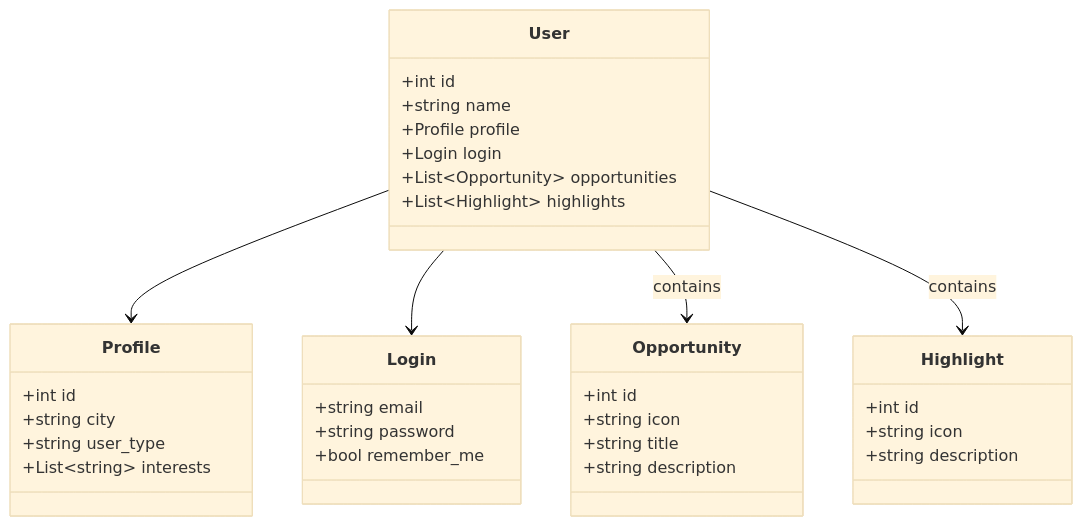
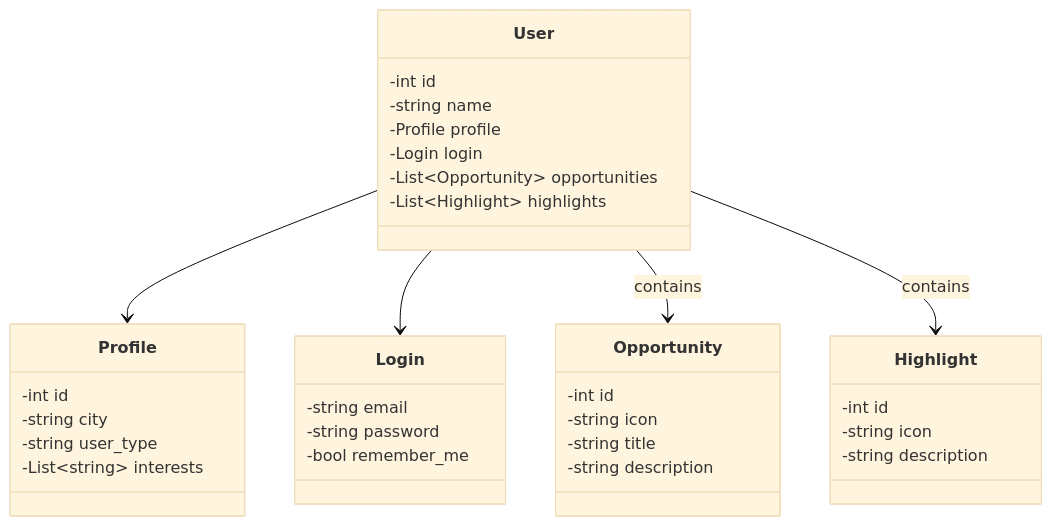
One commit to CaroliisRibeiro/avanade-decola-tech-2025 changed the diagram in README.md. Above: the diagram before and after it, drawn with Mermaid (base theme).

````diff
--- a/README.md
+++ b/README.md
@@ -5,42 +5,43 @@
 ```mermaid
 classDiagram
     class User {
-        +int id
-        +string name
-        +Profile profile
-        +Login login
-        +List~Opportunity~ opportunities
-        +List~Highlight~ highlights
+        -int id
+        -string name
+        -Profile profile
+        -Login login
+        -List~Opportunity~ opportunities
+        -List~Highlight~ highlights
     }
 
     class Profile {
-        +int id
-        +string city
-        +string user_type
-        +List~string~ interests
+        -int id
+        -string city
+        -string user_type
+        -List~string~ interests
     }
 
     class Login {
-        +string email
-        +string password
-        +bool remember_me
+        -string email
+        -string password
+        -bool remember_me
     }
 
     class Opportunity {
-        +int id
-        +string icon
-        +string title
-        +string description
+        -int id
+        -string icon
+        -string title
+        -string description
     }
 
     class Highlight {
-        +int id
-        +string icon
-        +string description
+        -int id
+        -string icon
+        -string description
     }
 
     User --> Profile
     User --> Login
     User --> Opportunity : contains
     User --> Highlight : contains
+
 ```
````
